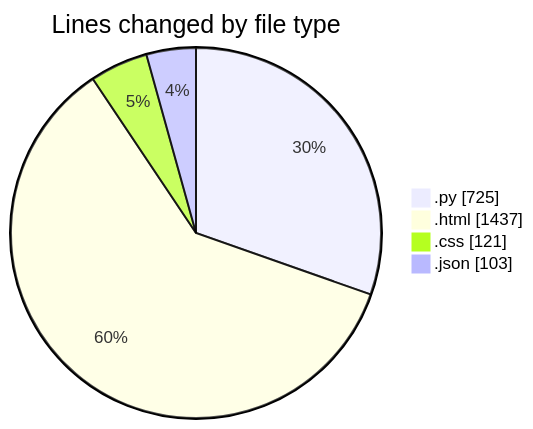
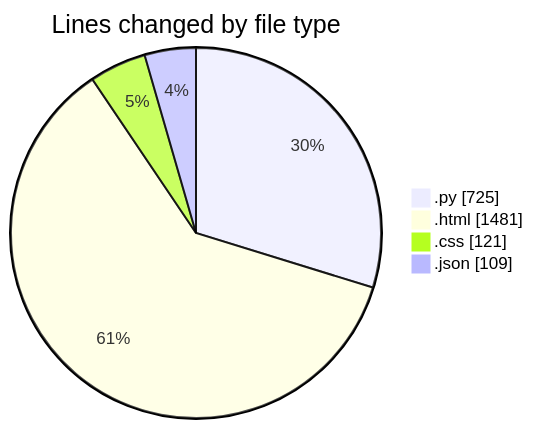
The first of 2 diagrams in 2025-01-31/flask/README.md (Elitesun/code-tracking), drawn with Mermaid before and after one commit. The commit also changed other lines of this file and 1 other file, not shown here.

````diff
--- a/2025-01-31/flask/README.md
+++ b/2025-01-31/flask/README.md
@@ -27,8 +27,8 @@
 ```mermaid
 pie showData
 title Lines changed by file type
 ".py" : 725
-".html" : 1437
+".html" : 1481
 ".css" : 121
-".json" : 103
+".json" : 109
 ```
````
